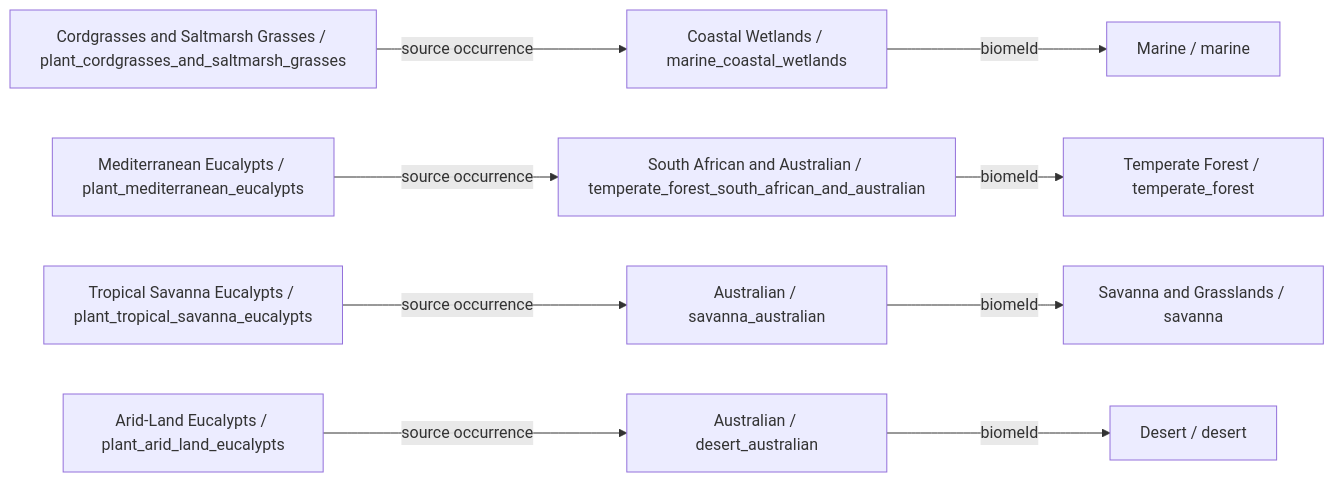
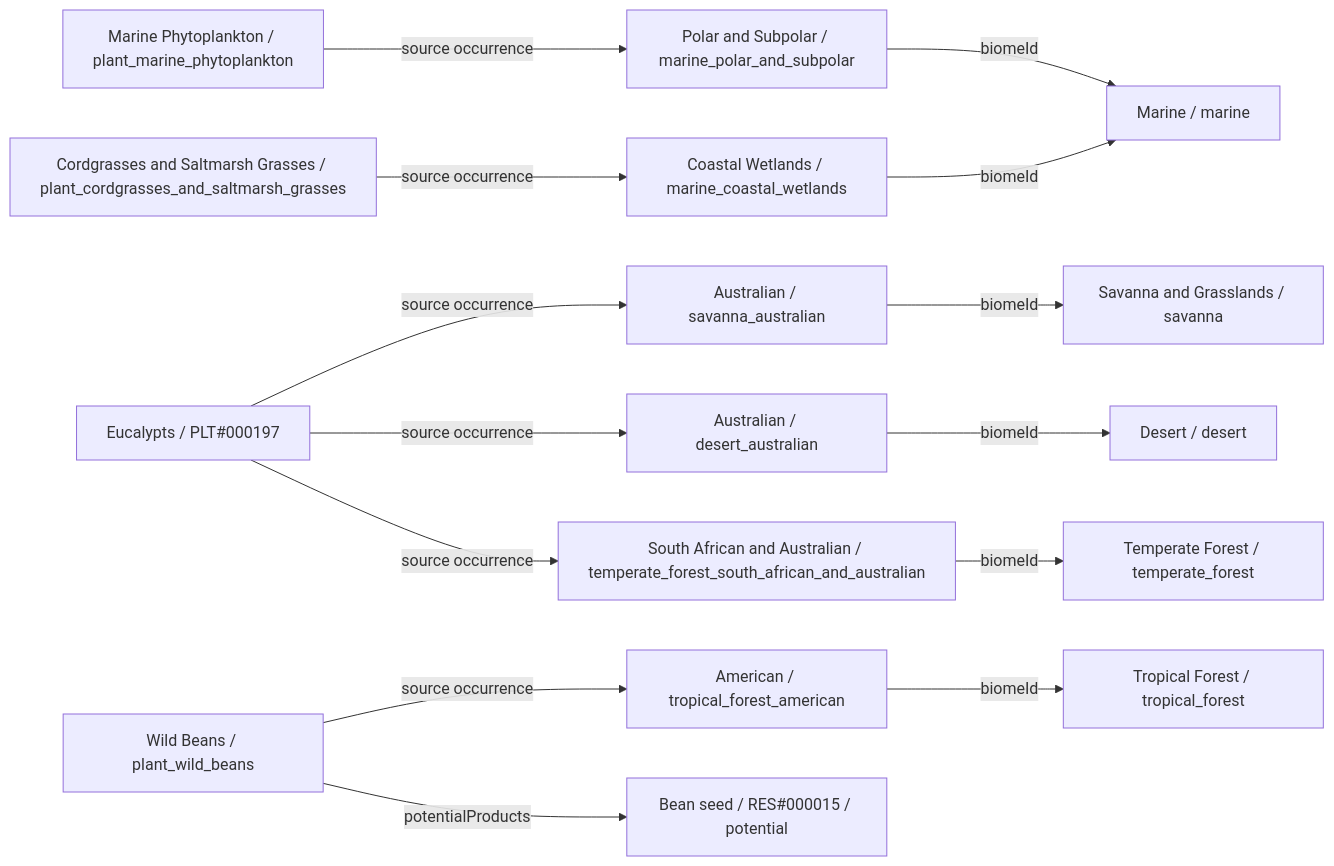
One commit to fgabo404/EvolveDoc changed the tenth of 34 diagrams in data/plants/DIAGRAMS.md. Above: the diagram before and after it, drawn with Mermaid. The commit also changed other lines of this file and 59 other files, not shown here.

````diff
--- a/data/plants/DIAGRAMS.md
+++ b/data/plants/DIAGRAMS.md
@@ -438,23 +396,32 @@
 ```mermaid
 flowchart LR
     c0["Cordgrasses and Saltmarsh Grasses / plant_cordgrasses_and_saltmarsh_grasses"]
     v22["Coastal Wetlands / marine_coastal_wetlands"]
     b5["Marine / marine"]
-    c1["Mediterranean Eucalypts / plant_mediterranean_eucalypts"]
+    c1["Eucalypts / PLT#000197"]
     v6["South African and Australian / temperate_forest_south_african_and_australian"]
     b1["Temperate Forest / temperate_forest"]
-    c2["Tropical Savanna Eucalypts / plant_tropical_savanna_eucalypts"]
     v14["Australian / savanna_australian"]
     b3["Savanna and Grasslands / savanna"]
-    c3["Arid-Land Eucalypts / plant_arid_land_eucalypts"]
     v18["Australian / desert_australian"]
     b4["Desert / desert"]
+    c2["Marine Phytoplankton / plant_marine_phytoplankton"]
+    v21["Polar and Subpolar / marine_polar_and_subpolar"]
+    c3["Wild Beans / plant_wild_beans"]
+    v0["American / tropical_forest_american"]
+    b0["Tropical Forest / tropical_forest"]
+    o3_0["Bean seed / RES#000015 / potential"]
     c0 -->|source occurrence| v22
+    c1 -->|source occurrence| v14
+    c1 -->|source occurrence| v18
     c1 -->|source occurrence| v6
-    c2 -->|source occurrence| v14
-    c3 -->|source occurrence| v18
+    c2 -->|source occurrence| v21
+    c3 -->|potentialProducts| o3_0
+    c3 -->|source occurrence| v0
+    v0 -->|biomeId| b0
     v14 -->|biomeId| b3
     v18 -->|biomeId| b4
+    v21 -->|biomeId| b5
     v22 -->|biomeId| b5
     v6 -->|biomeId| b1
 ```
````
